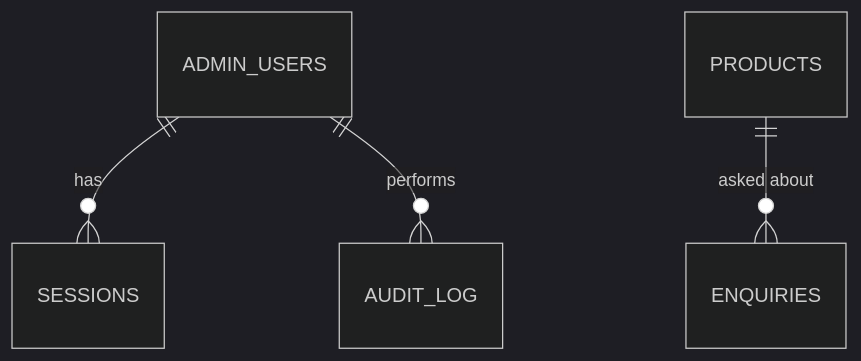
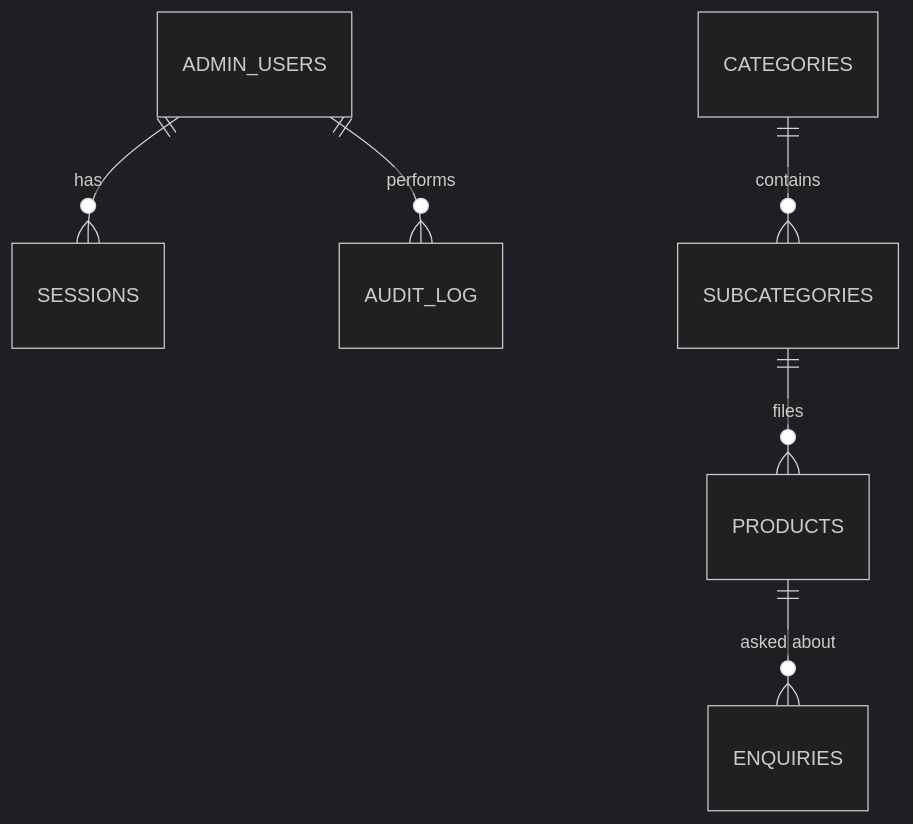
One commit to shubhamdsk/shree-balaji-paints-plywood-hardware changed the second of 3 diagrams in docs/ARCHITECTURE.md. Above: the diagram before and after it, drawn with Mermaid (dark theme). The commit also changed other lines of this file and 80 other files, not shown here.

````diff
--- a/docs/ARCHITECTURE.md
+++ b/docs/ARCHITECTURE.md
@@ -117,6 +122,8 @@
 ```mermaid
 erDiagram
   ADMIN_USERS ||--o{ SESSIONS : has
   ADMIN_USERS ||--o{ AUDIT_LOG : performs
+  CATEGORIES ||--o{ SUBCATEGORIES : contains
+  SUBCATEGORIES ||--o{ PRODUCTS : files
   PRODUCTS ||--o{ ENQUIRIES : "asked about"
 ```
````
